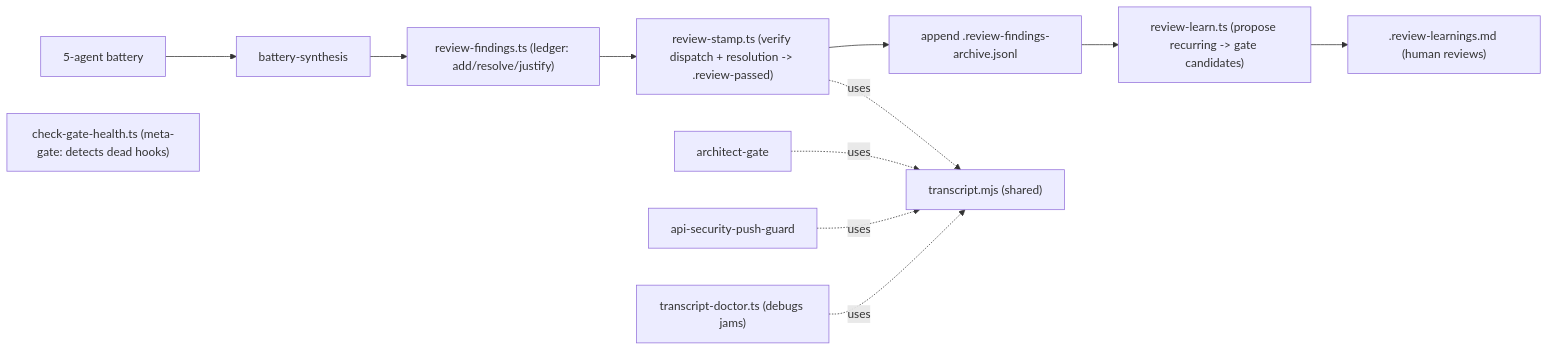
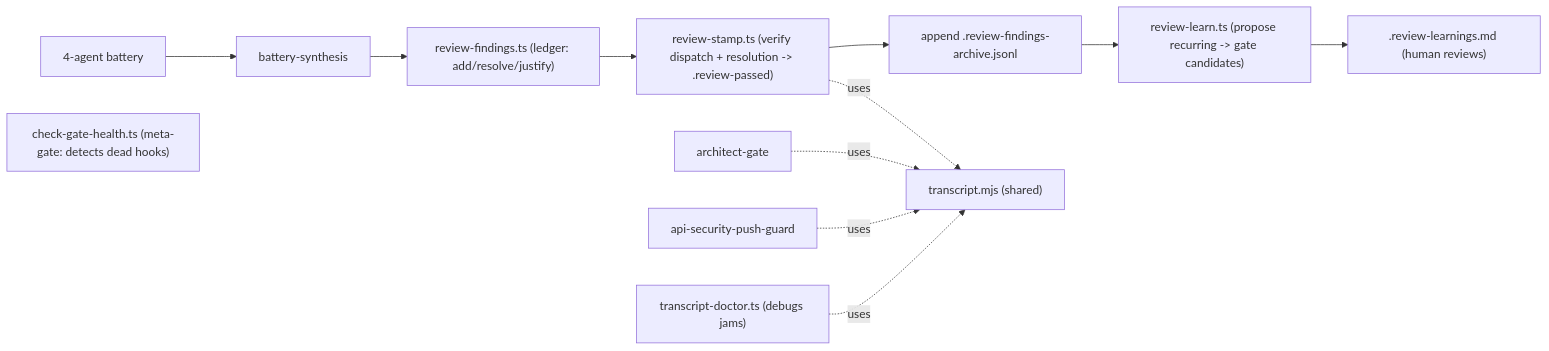
Before and after one commit to erikunha/portfolio: the third of 3 diagrams in docs/handbook/agents-skills-hooks-mcp.md, drawn with Mermaid. The commit also changed other lines of this file and 79 other files, not shown here.

````diff
--- a/docs/handbook/agents-skills-hooks-mcp.md
+++ b/docs/handbook/agents-skills-hooks-mcp.md
@@ -105,14 +105,14 @@
 ```mermaid
 flowchart LR
-    battery["5-agent battery"] --> bs["battery-synthesis"]
+    battery["4-agent battery"] --> bs["battery-synthesis"]
     bs --> rf["review-findings.ts (ledger: add/resolve/justify)"]
     rf --> rs["review-stamp.ts (verify dispatch + resolution -> .review-passed)"]
     rs --> arch["append .review-findings-archive.jsonl"]
     arch --> rl["review-learn.ts (propose recurring -> gate candidates)"]
     rl --> inbox[".review-learnings.md (human reviews)"]
     rs -.uses.-> tr["transcript.mjs (shared)"]
     gh1["architect-gate"] -.uses.-> tr
     gh2["api-security-push-guard"] -.uses.-> tr
     td["transcript-doctor.ts (debugs jams)"] -.uses.-> tr
     ghealth["check-gate-health.ts (meta-gate: detects dead hooks)"]
 ```
````
